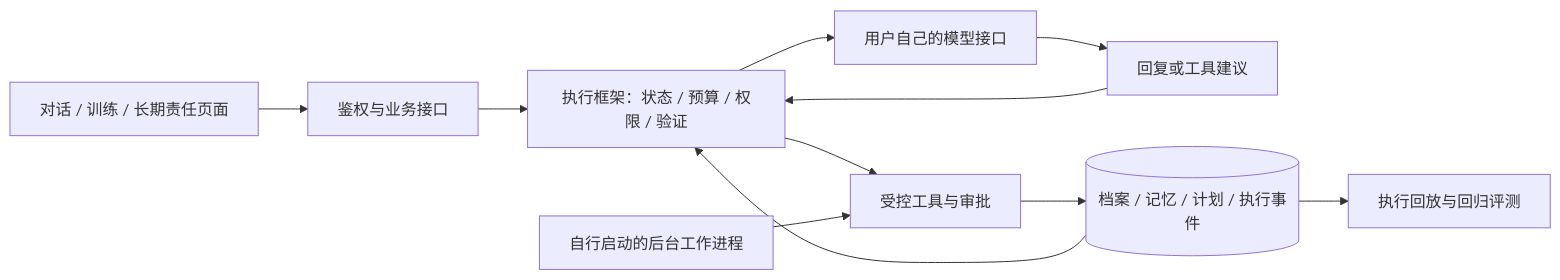
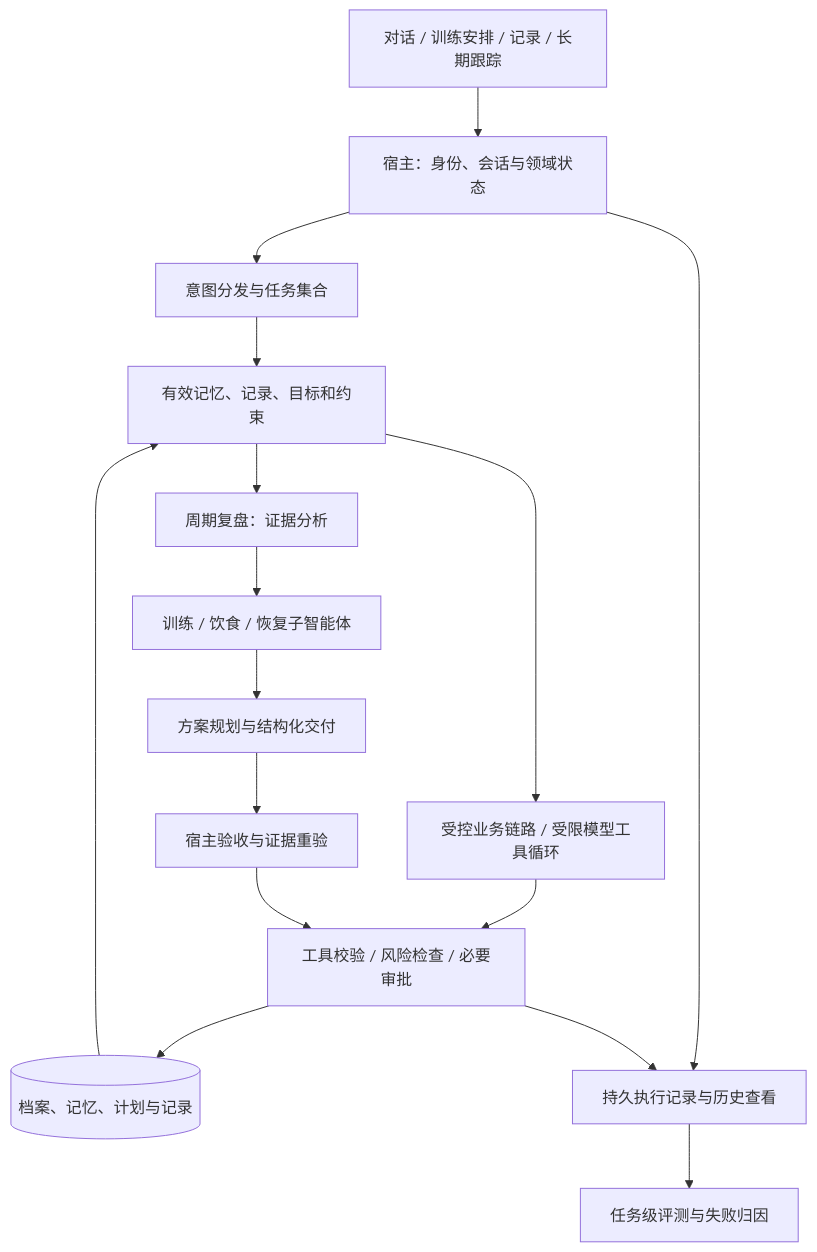
One commit to threeing3/fitagents changed the diagram in README.md. Above: the diagram before and after it, drawn with Mermaid. The commit also changed other lines of this file and 15 other files, not shown here.

````diff
--- a/README.md
+++ b/README.md
@@ -34,13 +61,18 @@
 ```mermaid
-flowchart LR
-    UI[对话 / 训练 / 长期责任页面] --> API[鉴权与业务接口]
-    API --> Host[执行框架：状态 / 预算 / 权限 / 验证]
-    Host --> Model[用户自己的模型接口]
-    Model --> Proposal[回复或工具建议]
-    Proposal --> Host
-    Host --> Tools[受控工具与审批]
-    Tools --> DB[(档案 / 记忆 / 计划 / 执行事件)]
-    DB --> Host
-    Worker[自行启动的后台工作进程] --> Tools
-    DB --> Replay[执行回放与回归评测]
+flowchart TD
+    UI[对话 / 训练安排 / 记录 / 长期跟踪] --> Host[宿主：身份、会话与领域状态]
+    Host --> Route[意图分发与任务集合]
+    Route --> Context[有效记忆、记录、目标和约束]
+    Context --> Business[受控业务链路 / 受限模型工具循环]
+    Context --> Analysis[周期复盘：证据分析]
+    Analysis --> Domains[训练 / 饮食 / 恢复子智能体]
+    Domains --> Planning[方案规划与结构化交付]
+    Planning --> Accept[宿主验收与证据重验]
+    Business --> Gate[工具校验 / 风险检查 / 必要审批]
+    Accept --> Gate
+    Gate --> State[(档案、记忆、计划与记录)]
+    State --> Context
+    Host --> Trace[持久执行记录与历史查看]
+    Gate --> Trace
+    Trace --> Eval[任务级评测与失败归因]
 ```
````
